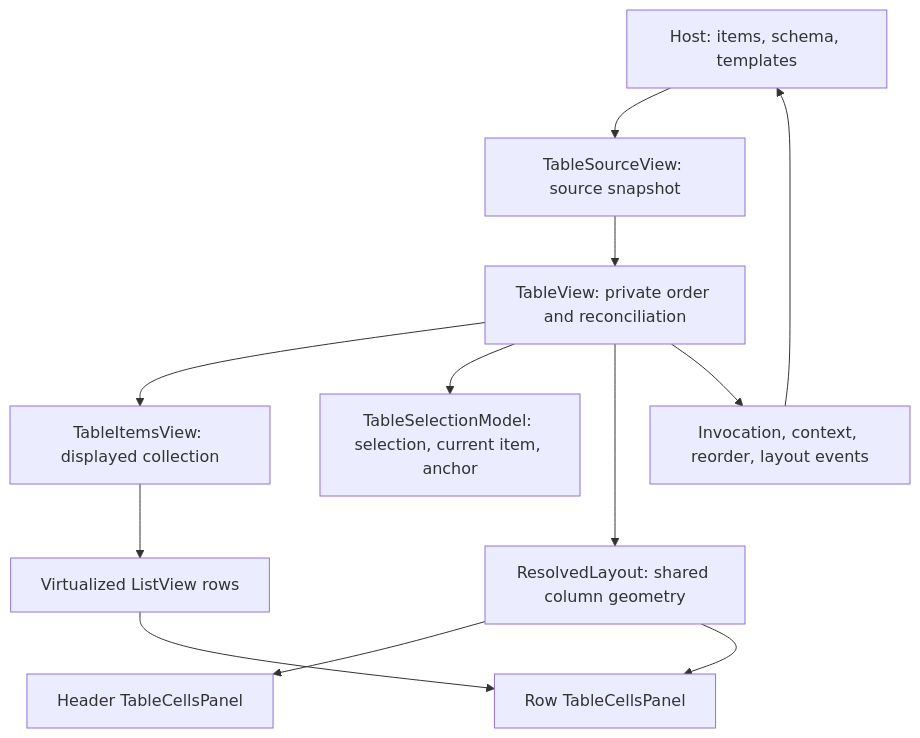
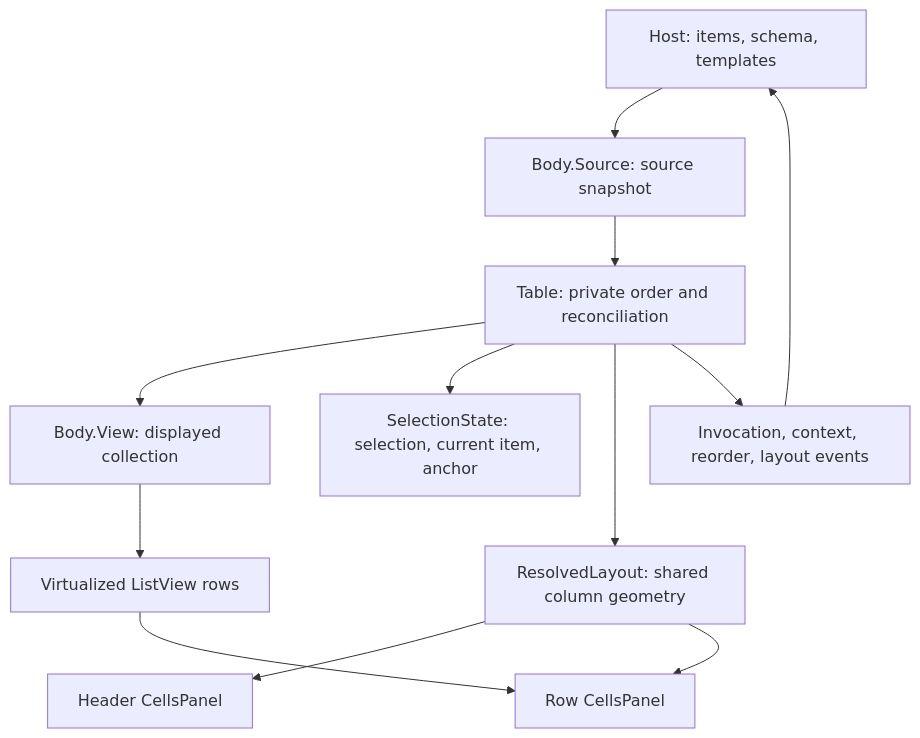
The second of 2 diagrams in docs/architecture-current.md (SynoSoftware/TinyTorrent2), drawn with Mermaid before and after one commit. The commit also changed other lines of this file and 264 other files, not shown here.

````diff
--- a/docs/architecture-current.md
+++ b/docs/architecture-current.md
@@ -68,14 +99,14 @@
 ```mermaid
 flowchart TB
-    Host["Host: items, schema, templates"] --> Source["TableSourceView: source snapshot"]
-    Source --> Control["TableView: private order and reconciliation"]
-    Control --> View["TableItemsView: displayed collection"]
+    Host["Host: items, schema, templates"] --> Source["Body.Source: source snapshot"]
+    Source --> Control["Table: private order and reconciliation"]
+    Control --> View["Body.View: displayed collection"]
     View --> Rows["Virtualized ListView rows"]
-    Control --> Selection["TableSelectionModel: selection, current item, anchor"]
+    Control --> Selection["SelectionState: selection, current item, anchor"]
     Control --> Geometry["ResolvedLayout: shared column geometry"]
-    Geometry --> Header["Header TableCellsPanel"]
-    Geometry --> Cells["Row TableCellsPanel"]
+    Geometry --> Header["Header CellsPanel"]
+    Geometry --> Cells["Row CellsPanel"]
     Rows --> Cells
     Control --> Events["Invocation, context, reorder, layout events"]
     Events --> Host
 ```
````
